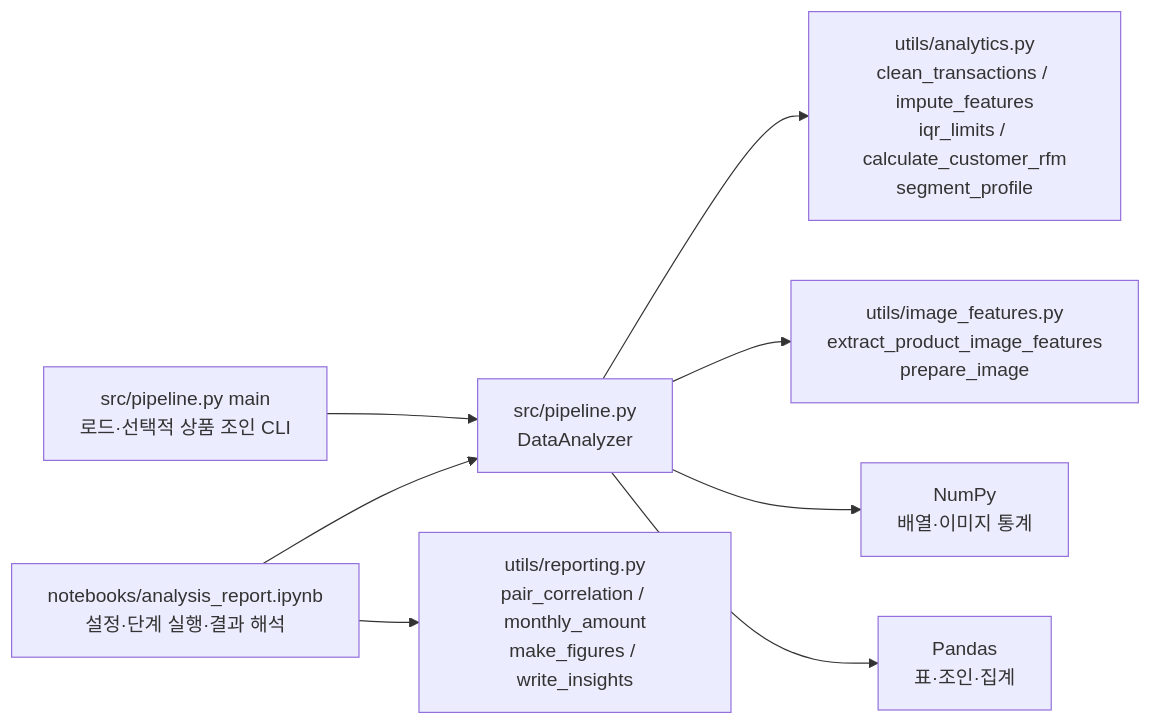
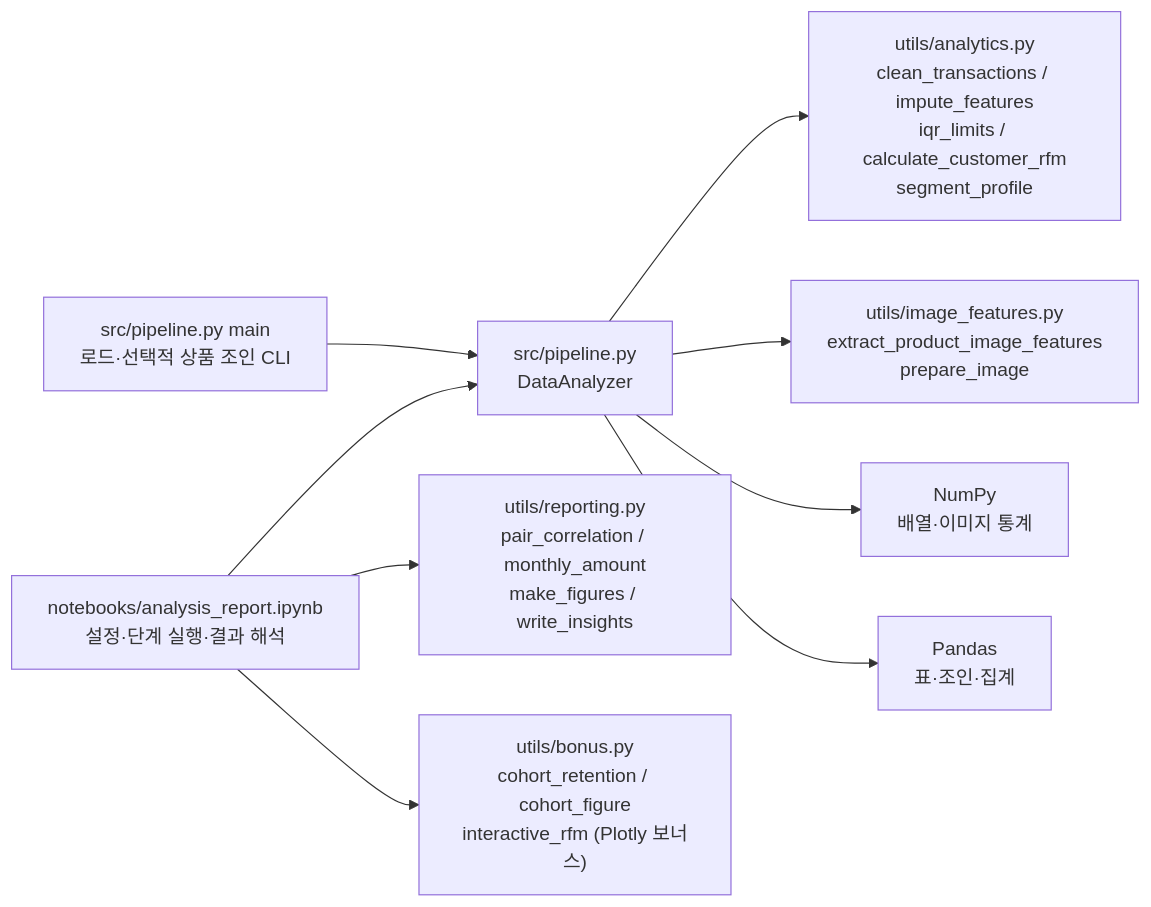
One commit to ntt65/A1_1 changed the first of 4 diagrams in README.md. Above: the diagram before and after it, drawn with Mermaid. The commit also changed other lines of this file and 6 other files, not shown here.

First line of the commit message:
docs: explain verified bonus results and cohort observation limits

````diff
--- a/README.md
+++ b/README.md
@@ -303,18 +338,19 @@
 ```mermaid
 flowchart LR
     NB["notebooks/analysis_report.ipynb<br/>설정·단계 실행·결과 해석"]
     DA["src/pipeline.py<br/>DataAnalyzer"]
     CLI["src/pipeline.py main<br/>로드·선택적 상품 조인 CLI"]
     AN["utils/analytics.py<br/>clean_transactions / impute_features<br/>iqr_limits / calculate_customer_rfm<br/>segment_profile"]
     IM["utils/image_features.py<br/>extract_product_image_features<br/>prepare_image"]
     RP["utils/reporting.py<br/>pair_correlation / monthly_amount<br/>make_figures / write_insights"]
     NP["NumPy<br/>배열·이미지 통계"]
     PD["Pandas<br/>표·조인·집계"]
     NB --> DA
     CLI --> DA
     DA --> AN
     DA --> IM
     NB --> RP
+    NB --> BN["utils/bonus.py<br/>cohort_retention / cohort_figure<br/>interactive_rfm (Plotly 보너스)"]
     DA --> NP
     DA --> PD
 ```
````
